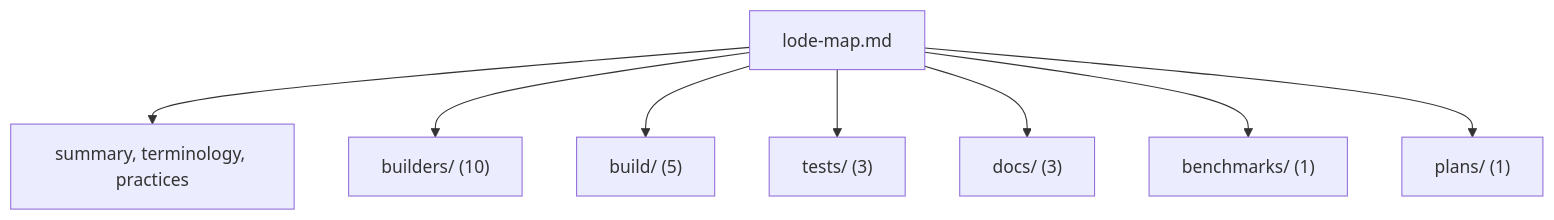
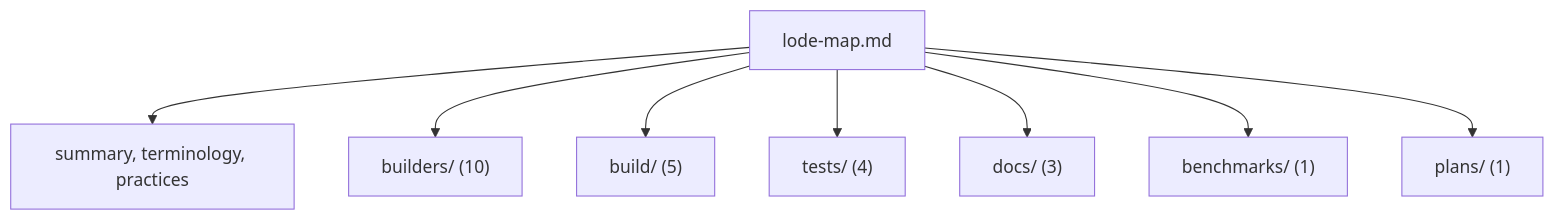
One commit to TheAngryByrd/IcedTasks changed the diagram in lode/lode-map.md. Above: the diagram before and after it, drawn with Mermaid. The commit also changed other lines of this file and 45 other files, not shown here.

````diff
--- a/lode/lode-map.md
+++ b/lode/lode-map.md
@@ -78,10 +79,10 @@
 ```mermaid
 flowchart TD
     map["lode-map.md"] --> root["summary, terminology, practices"]
     map --> builders["builders/ (10)"]
     map --> build["build/ (5)"]
-    map --> tests["tests/ (3)"]
+    map --> tests["tests/ (4)"]
     map --> docs["docs/ (3)"]
     map --> bench["benchmarks/ (1)"]
     map --> plans["plans/ (1)"]
 ```
````
